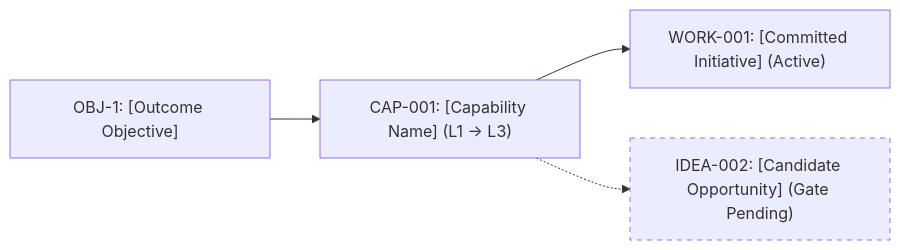
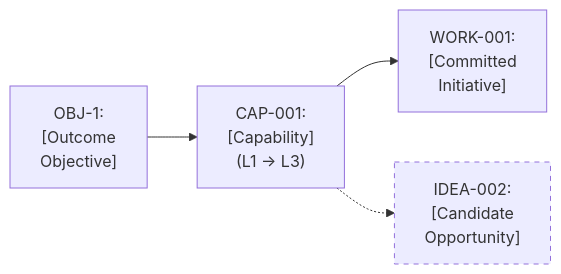
One commit to bcgov/strategic-planning-workbench changed the second of 4 diagrams in plugins/strategic-planning/.apm/skills/rendering-strategic-visuals-and-decks/assets/templates/mermaid-strategy-visuals.md. Above: the diagram before and after it, drawn with Mermaid. The commit also changed other lines of this file and 5 other files, not shown here.

Commit message:
Wrap Mermaid box and edge labels with <br> tags to prevent GitHub clipping

````diff
--- a/plugins/strategic-planning/.apm/skills/rendering-strategic-visuals-and-decks/assets/templates/mermaid-strategy-visuals.md
+++ b/plugins/strategic-planning/.apm/skills/rendering-strategic-visuals-and-decks/assets/templates/mermaid-strategy-visuals.md
@@ -23,8 +23,8 @@
 ```mermaid
 flowchart LR
-    OBJ1["OBJ-1: [Outcome Objective]"] --> CAP1["CAP-001: [Capability Name] (L1 -> L3)"]
-    CAP1 --> WORK1["WORK-001: [Committed Initiative] (Active)"]
-    CAP1 -.-> IDEA1["IDEA-002: [Candidate Opportunity] (Gate Pending)"]
+    OBJ1["OBJ-1:<br>[Outcome<br>Objective]"] --> CAP1["CAP-001:<br>[Capability]<br>(L1 -> L3)"]
+    CAP1 --> WORK1["WORK-001:<br>[Committed<br>Initiative]"]
+    CAP1 -.-> IDEA1["IDEA-002:<br>[Candidate<br>Opportunity]"]
 
     style IDEA1 stroke-dasharray: 5 5
 ```
````
